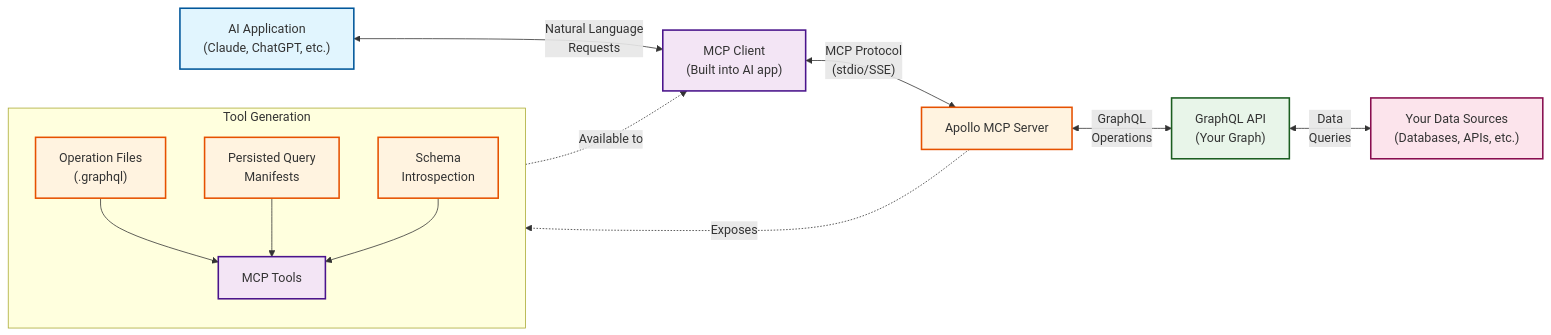
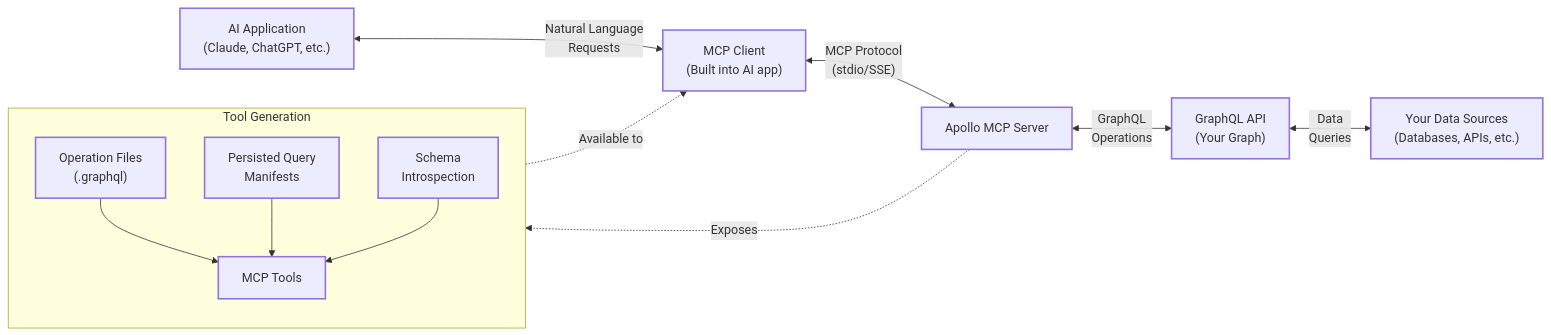
The diagram in docs/source/index.mdx (sasansamit/apollo-mcp-server), drawn with Mermaid before and after one commit.

Commit message:
Remove diagram colors

````diff
--- a/docs/source/index.mdx
+++ b/docs/source/index.mdx
@@ -32,47 +32,47 @@
 ```mermaid
 graph LR
     %% Nodes
     AI["AI Application\n(Claude, ChatGPT, etc.)"]
     MCPClient["MCP Client\n(Built into AI app)"]
     MCPServer["Apollo MCP Server"]
     GraphQL["GraphQL API\n(Your Graph)"]
     Data["Your Data Sources\n(Databases, APIs, etc.)"]
 
     %% Connections
     AI <-->|"Natural Language\nRequests"| MCPClient
     MCPClient <-->|"MCP Protocol\n(stdio/SSE)"| MCPServer
     MCPServer <-->|"GraphQL\nOperations"| GraphQL
     GraphQL <-->|"Data\nQueries"| Data
 
     %% Tool Generation
     subgraph ToolGeneration[Tool Generation]
         direction TB
         OpFiles["Operation Files\n(.graphql)"]
         PQM["Persisted Query\nManifests"]
         Introspection["Schema\nIntrospection"]
         Tools["MCP Tools"]
         
         OpFiles --> Tools
         PQM --> Tools
         Introspection --> Tools
     end
 
     MCPServer -.->|"Exposes"| Tools
     Tools -.->|"Available to"| MCPClient
 
     %% Styling
-    classDef default fill:#f9f9f9,stroke:#333,stroke-width:1px
-    classDef aiClient fill:#e1f5fe,stroke:#01579b,stroke-width:2px
-    classDef mcpComponent fill:#f3e5f5,stroke:#4a148c,stroke-width:2px
-    classDef apolloComponent fill:#fff3e0,stroke:#e65100,stroke-width:2px
-    classDef apiComponent fill:#e8f5e9,stroke:#1b5e20,stroke-width:2px
-    classDef dataComponent fill:#fce4ec,stroke:#880e4f,stroke-width:2px
+    classDef default stroke-width:1px
+    classDef aiClient stroke-width:2px
+    classDef mcpComponent stroke-width:2px
+    classDef apolloComponent stroke-width:2px
+    classDef apiComponent stroke-width:2px
+    classDef dataComponent stroke-width:2px
 
     class AI aiClient
     class MCPClient mcpComponent
     class MCPServer apolloComponent
     class GraphQL apiComponent
     class Data dataComponent
     class OpFiles,PQM,Introspection apolloComponent
     class Tools mcpComponent
 ```
````
